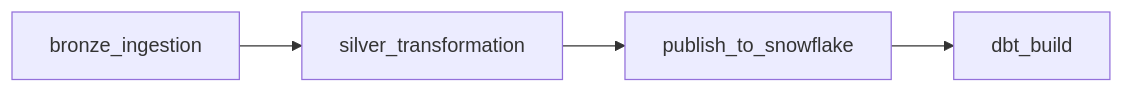
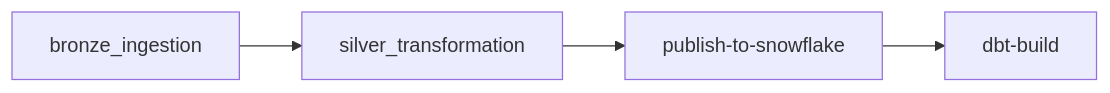
One commit to lracine93-ghub/The-Lake-House changed the second of 2 diagrams in README.md. Above: the diagram before and after it, drawn with Mermaid.

Commit message:
revised typo in mermaid diagram

````diff
--- a/README.md
+++ b/README.md
@@ -38,6 +38,6 @@
 ```mermaid
 flowchart LR
     A["bronze_ingestion"] --> B["silver_transformation"]
-    B --> C["publish_to_snowflake"]
-    C --> D["dbt_build"]
+    B --> C["publish-to-snowflake"]
+    C --> D["dbt-build"]
 ```
````
